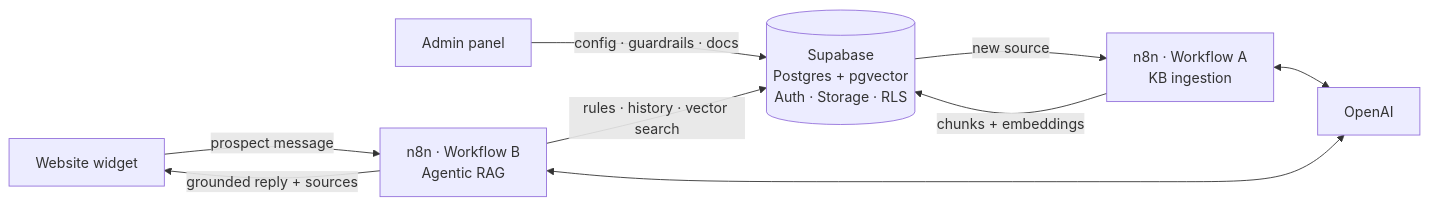
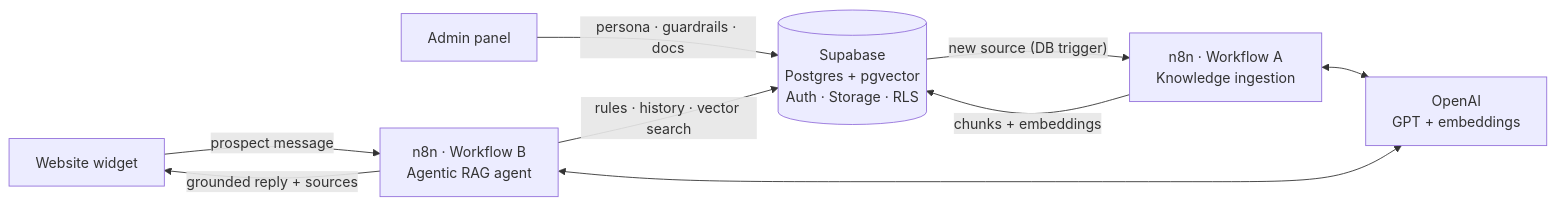
The first of 3 diagrams in README.md (sarthakgupta0303/LeadPilot), drawn with Mermaid before and after one commit. The commit also changed other lines of this file and 23 other files, not shown here.

````diff
--- a/README.md
+++ b/README.md
@@ -36,10 +47,10 @@
 ```mermaid
 flowchart LR
-  AP[Admin panel] -- config · guardrails · docs --> SB[(Supabase<br/>Postgres + pgvector<br/>Auth · Storage · RLS)]
-  SB -- new source --> A[n8n · Workflow A<br/>KB ingestion]
+  AP[Admin panel] -- persona · guardrails · docs --> SB[(Supabase<br/>Postgres + pgvector<br/>Auth · Storage · RLS)]
+  SB -- "new source (DB trigger)" --> A[n8n · Workflow A<br/>Knowledge ingestion]
   A -- chunks + embeddings --> SB
-  W[Website widget] -- prospect message --> B[n8n · Workflow B<br/>Agentic RAG]
+  W[Website widget] -- prospect message --> B[n8n · Workflow B<br/>Agentic RAG agent]
   B -- rules · history · vector search --> SB
   B -- grounded reply + sources --> W
-  A & B <--> O[OpenAI]
+  A & B <--> O[OpenAI<br/>GPT + embeddings]
 ```
````
